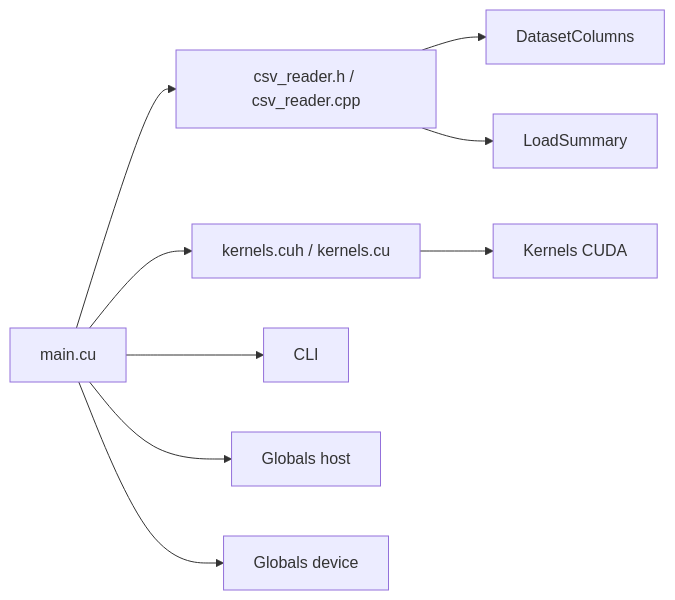
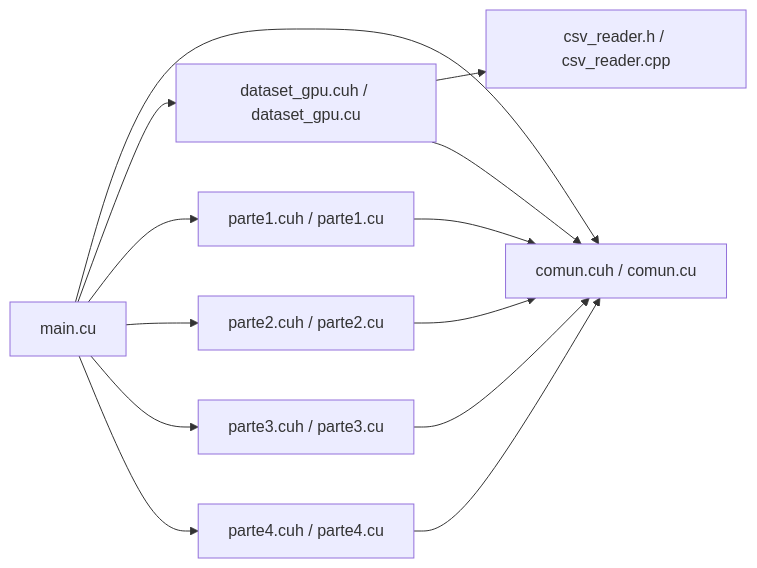
Before and after one commit to aferamb/pap_air: the first of 24 diagrams in DOCUMENTACION_COMPLETA_PAP_AIR.md, drawn with Mermaid. The commit also changed other lines of this file and 1 other file, not shown here.

Commit message:
Update documentation to reflect new module structure and clarify data handling in CUDA phases

````diff
--- a/DOCUMENTACION_COMPLETA_PAP_AIR.md
+++ b/DOCUMENTACION_COMPLETA_PAP_AIR.md
@@ -55,11 +64,15 @@
 ```mermaid
 flowchart LR
-    A[main.cu] --> B[csv_reader.h / csv_reader.cpp]
-    A --> C[kernels.cuh / kernels.cu]
-    B --> D[DatasetColumns]
-    B --> E[LoadSummary]
-    C --> F[Kernels CUDA]
-    A --> G[CLI]
-    A --> H[Globals host]
-    A --> I[Globals device]
+    A[main.cu] --> B[comun.cuh / comun.cu]
+    A --> C[dataset_gpu.cuh / dataset_gpu.cu]
+    A --> D[parte1.cuh / parte1.cu]
+    A --> E[parte2.cuh / parte2.cu]
+    A --> F[parte3.cuh / parte3.cu]
+    A --> G[parte4.cuh / parte4.cu]
+    C --> H[csv_reader.h / csv_reader.cpp]
+    C --> B
+    D --> B
+    E --> B
+    F --> B
+    G --> B
 ```
````
